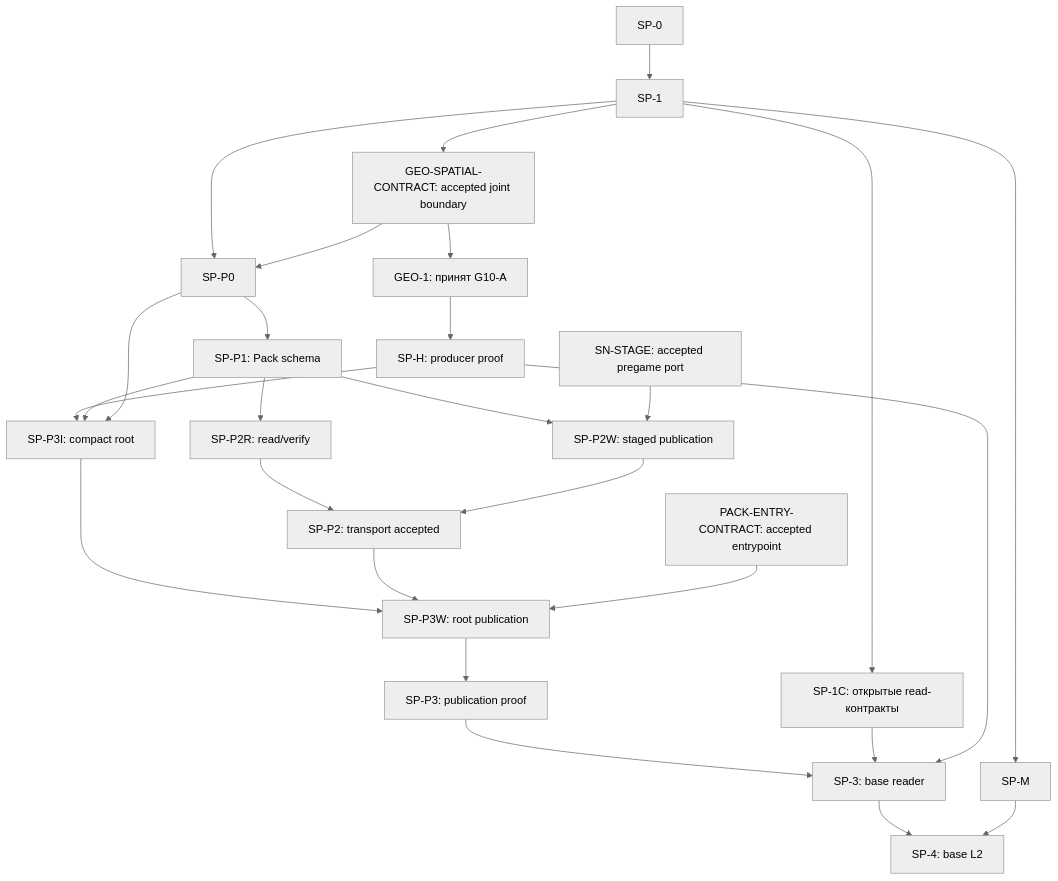
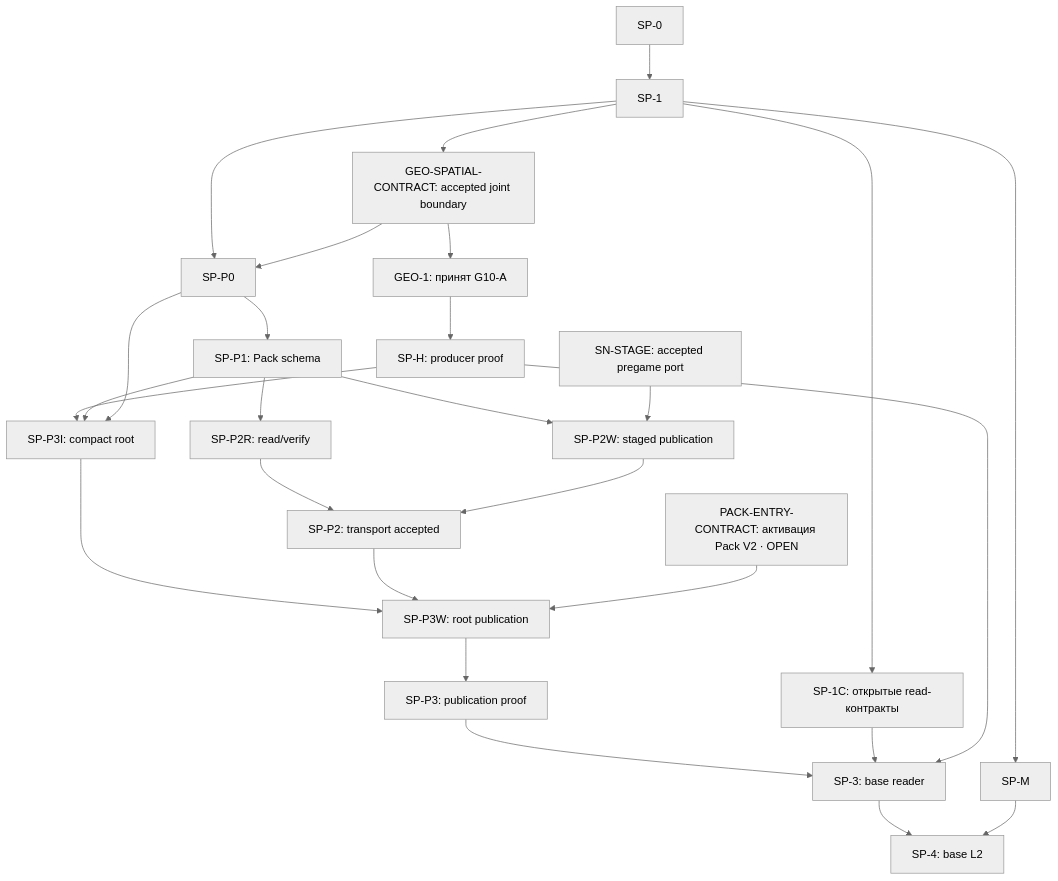
One commit to AndrewBondaren/AI-Project changed the first of 6 diagrams in .cursor/plans/world-generation-plan-dependency-graph.md. Above: the diagram before and after it, drawn with Mermaid (neutral theme). The commit also changed other lines of this file and 4 other files, not shown here.

````diff
--- a/.cursor/plans/world-generation-plan-dependency-graph.md
+++ b/.cursor/plans/world-generation-plan-dependency-graph.md
@@ -60,29 +60,29 @@
 ```mermaid
 flowchart TD
     G["GEO-1: принят G10-A"] --> H["SP-H: producer proof"]
     S0["SP-0"] --> S1["SP-1"]
     S1 --> P0["SP-P0"]
     S1 --> J["GEO-SPATIAL-CONTRACT: accepted joint boundary"]
     J --> G
     J --> P0
     S1 --> M["SP-M"]
     P0 --> P1["SP-P1: Pack schema"]
     P1 --> PR["SP-P2R: read/verify"]
     P1 --> PW["SP-P2W: staged publication"]
     ST["SN-STAGE: accepted pregame port"] --> PW
     PR --> P2["SP-P2: transport accepted"]
     PW --> P2
     H --> I["SP-P3I: compact root"]
     P1 --> I
     P0 --> I
     I --> W["SP-P3W: root publication"]
     P2 --> W
-    PC["PACK-ENTRY-CONTRACT: accepted entrypoint"] --> W
+    PC["PACK-ENTRY-CONTRACT: активация Pack V2 · OPEN"] --> W
     W --> P3["SP-P3: publication proof"]
     P3 --> R["SP-3: base reader"]
     S1 --> SC["SP-1C: открытые read-контракты"]
     SC --> R
     H --> R
     R --> L2["SP-4: base L2"]
     M --> L2
 ```
````
